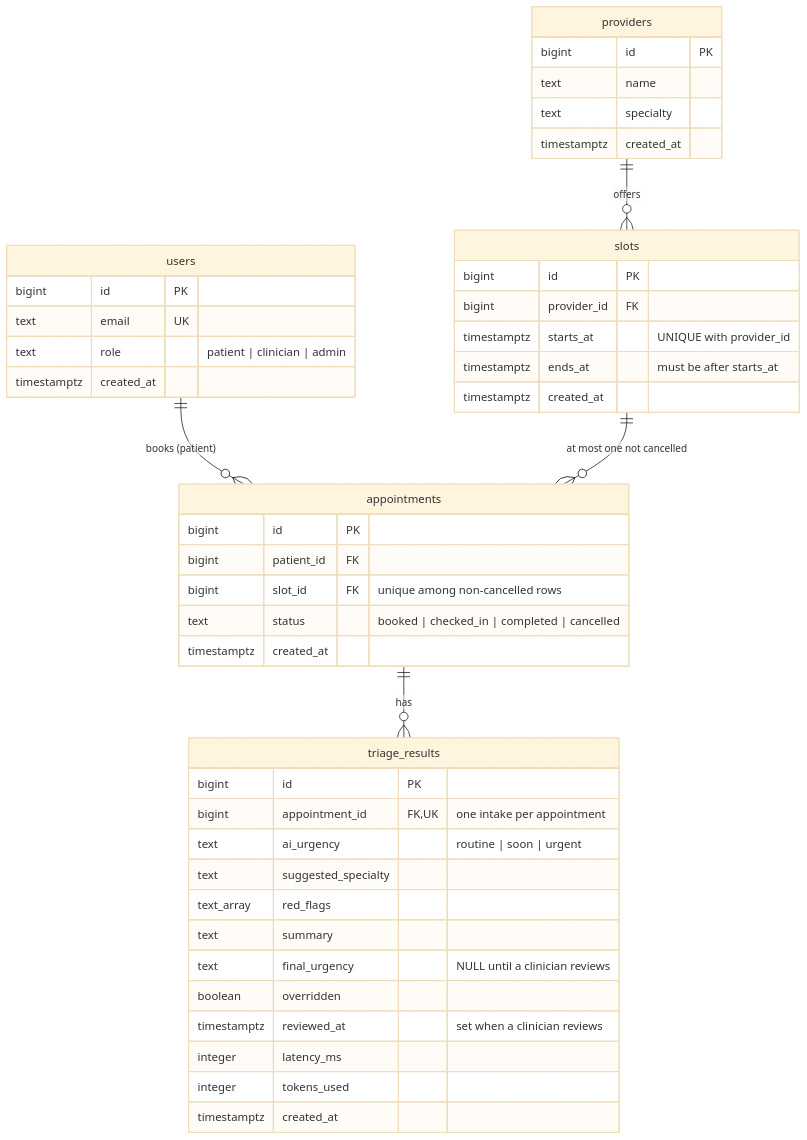
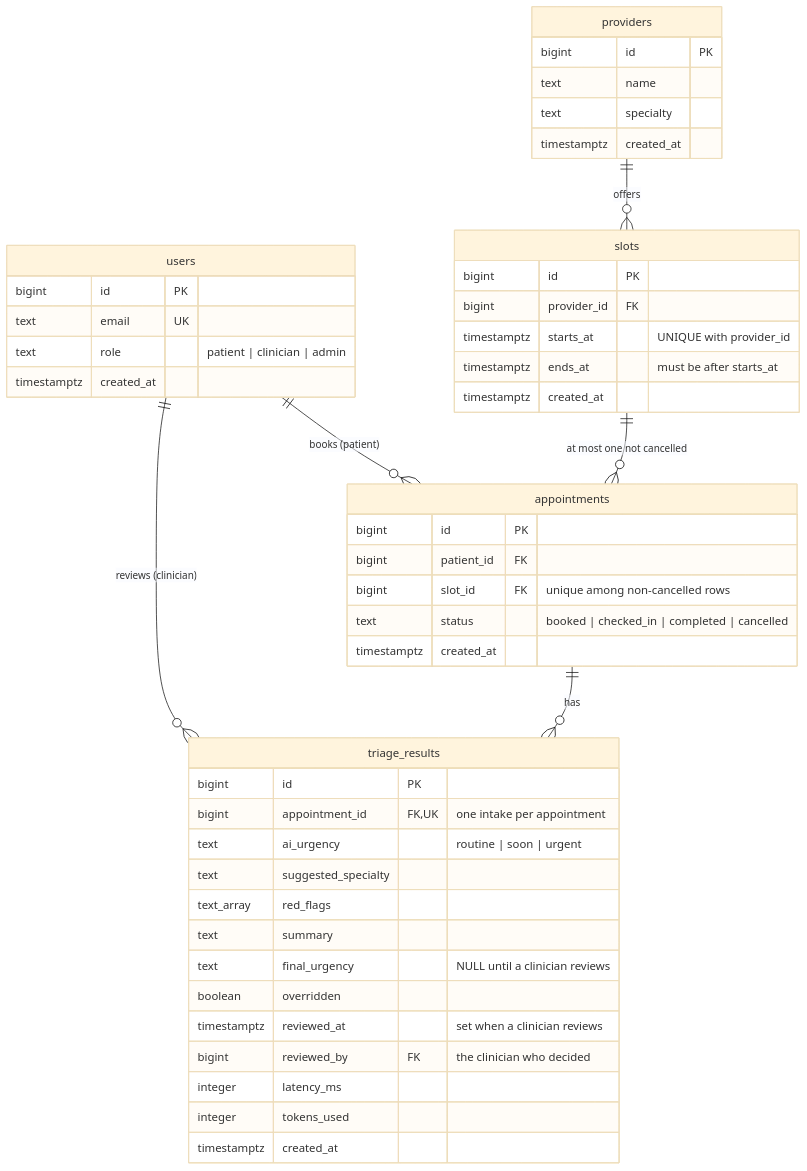
One commit to TilokJahan/Clinic-portal changed the diagram in docs/schema.md. Above: the diagram before and after it, drawn with Mermaid (base theme). The commit also changed 29 other files, not shown here.

````diff
--- a/docs/schema.md
+++ b/docs/schema.md
@@ -6,48 +6,50 @@
 ```mermaid
 erDiagram
     users ||--o{ appointments : "books (patient)"
+    users ||--o{ triage_results : "reviews (clinician)"
     providers ||--o{ slots : offers
     slots ||--o{ appointments : "at most one not cancelled"
     appointments ||--o{ triage_results : has
 
     users {
         bigint id PK
         text email UK
         text role "patient | clinician | admin"
         timestamptz created_at
     }
     providers {
         bigint id PK
         text name
         text specialty
         timestamptz created_at
     }
     slots {
         bigint id PK
         bigint provider_id FK
         timestamptz starts_at "UNIQUE with provider_id"
         timestamptz ends_at "must be after starts_at"
         timestamptz created_at
     }
     appointments {
         bigint id PK
         bigint patient_id FK
         bigint slot_id FK "unique among non-cancelled rows"
         text status "booked | checked_in | completed | cancelled"
         timestamptz created_at
     }
     triage_results {
         bigint id PK
         bigint appointment_id FK,UK "one intake per appointment"
         text ai_urgency "routine | soon | urgent"
         text suggested_specialty
         text_array red_flags
         text summary
         text final_urgency "NULL until a clinician reviews"
         boolean overridden
         timestamptz reviewed_at "set when a clinician reviews"
+        bigint reviewed_by FK "the clinician who decided"
         integer latency_ms
         integer tokens_used
         timestamptz created_at
     }
 ```
````
